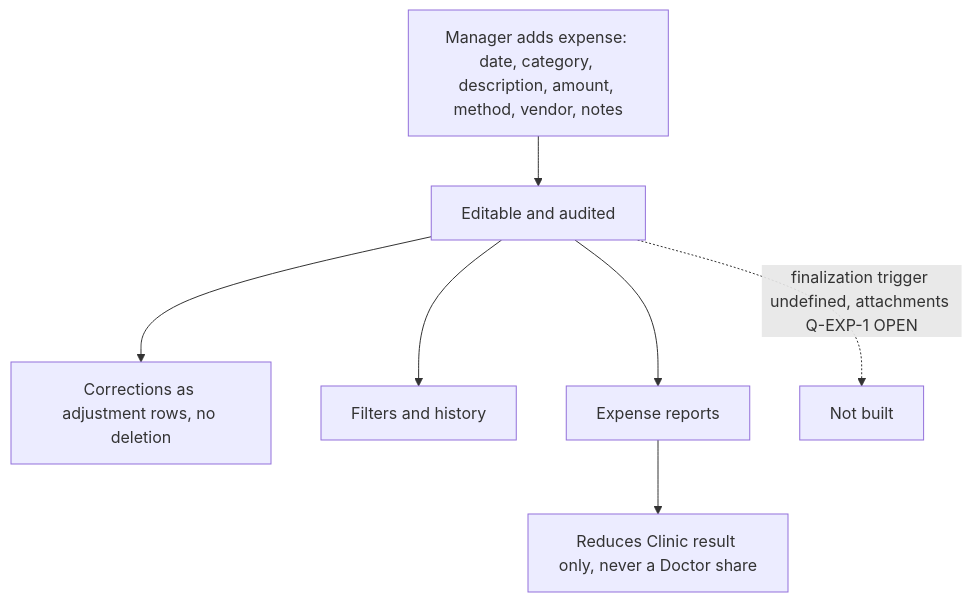
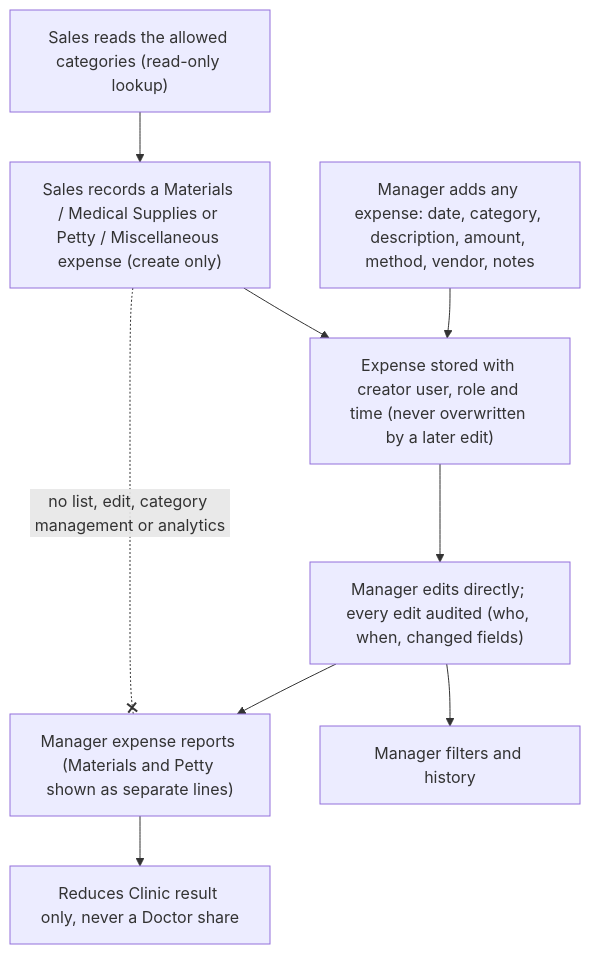
Diagram 18 of 26 in docs/DIAGRAMS.md (mostafaabdullah11/Dental-clinical-system), drawn with Mermaid before and after one commit. The commit also changed other lines of this file and 51 other files, not shown here.

````diff
--- a/docs/DIAGRAMS.md
+++ b/docs/DIAGRAMS.md
@@ -485,9 +551,11 @@
 ```mermaid
 flowchart TD
-    M["Manager adds expense: date, category, description, amount, method, vendor, notes"] --> ED["Editable and audited"]
-    ED --> ADJ["Corrections as adjustment rows, no deletion"]
-    ED --> FL["Filters and history"]
-    ED --> RPT["Expense reports"]
+    S["Sales records a Materials / Medical Supplies or Petty / Miscellaneous expense (create only)"] --> EX["Expense stored with creator user, role and time (never overwritten by a later edit)"]
+    LK["Sales reads the allowed categories (read-only lookup)"] --> S
+    M["Manager adds any expense: date, category, description, amount, method, vendor, notes"] --> EX
+    EX --> ED["Manager edits directly; every edit audited (who, when, changed fields)"]
+    ED --> FL["Manager filters and history"]
+    ED --> RPT["Manager expense reports (Materials and Petty shown as separate lines)"]
     RPT --> RES["Reduces Clinic result only, never a Doctor share"]
-    ED -.->|"finalization trigger undefined, attachments Q-EXP-1 OPEN"| NOTE["Not built"]
+    S -.-x|"no list, edit, category management or analytics"| RPT
 ```
````
